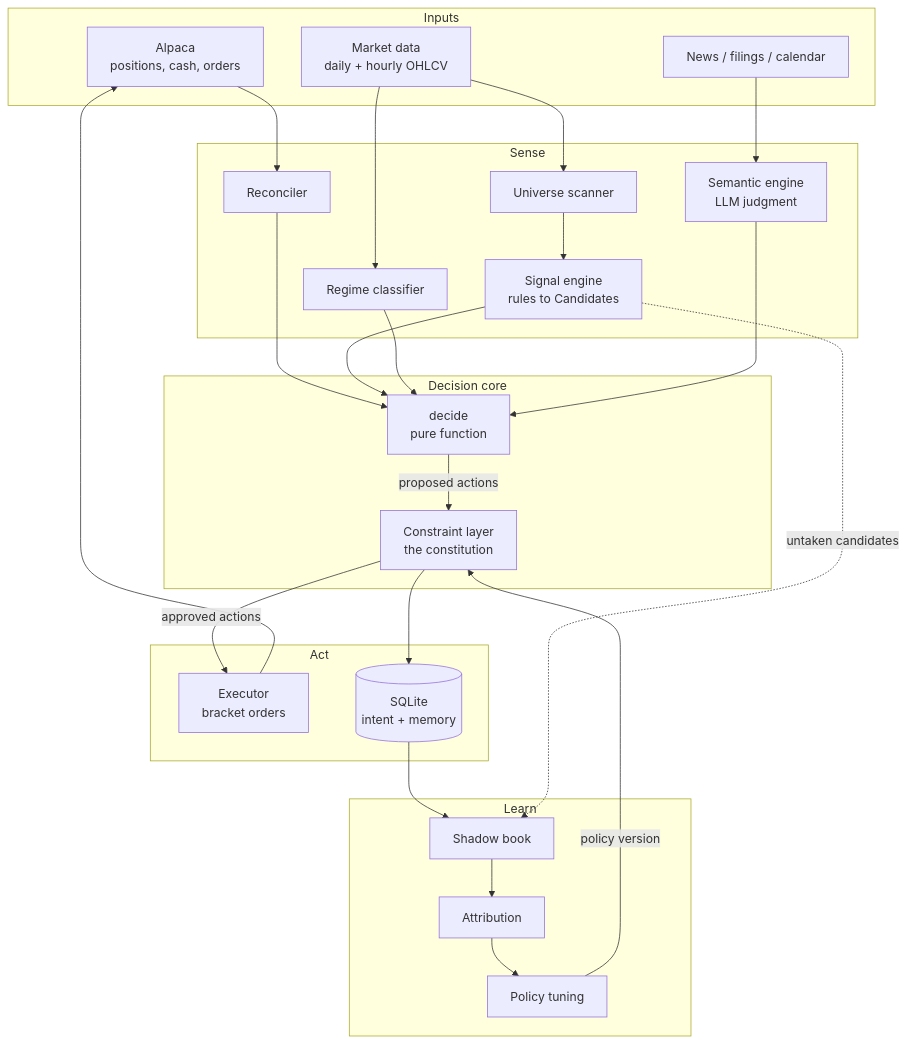
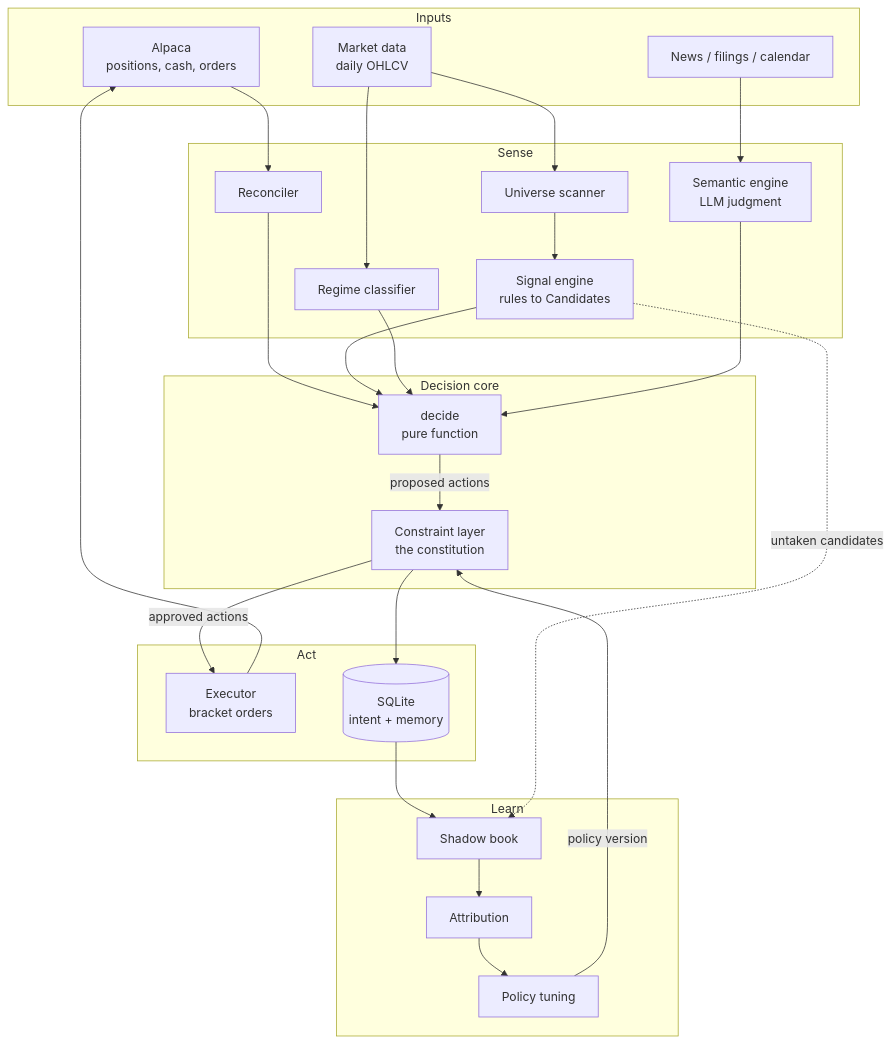
The diagram in README.md (Dima252/Trading-Bot), drawn with Mermaid before and after one commit. The commit also changed other lines of this file and 1 other file, not shown here.

````diff
--- a/README.md
+++ b/README.md
@@ -32,42 +32,42 @@
 ```mermaid
 flowchart TB
     subgraph inputs [Inputs]
         BROKER[Alpaca<br/>positions, cash, orders]
-        MKT[Market data<br/>daily + hourly OHLCV]
+        MKT[Market data<br/>daily OHLCV]
         NEWS[News / filings / calendar]
     end
 
     subgraph sense [Sense]
         RECON[Reconciler]
         SCAN[Universe scanner]
         SIG[Signal engine<br/>rules to Candidates]
         REG[Regime classifier]
         SEM[Semantic engine<br/>LLM judgment]
     end
 
     subgraph brain [Decision core]
         DECIDE[decide<br/>pure function]
         CONST[Constraint layer<br/>the constitution]
     end
 
     subgraph act [Act]
         EXEC[Executor<br/>bracket orders]
         DB[(SQLite<br/>intent + memory)]
     end
 
     subgraph learn [Learn]
         SHADOW[Shadow book]
         ATTR[Attribution]
         TUNE[Policy tuning]
     end
 
     BROKER --> RECON --> DECIDE
     MKT --> SCAN --> SIG --> DECIDE
     MKT --> REG --> DECIDE
     NEWS --> SEM --> DECIDE
     DECIDE -->|proposed actions| CONST
     CONST -->|approved actions| EXEC --> BROKER
     CONST --> DB
     DB --> SHADOW --> ATTR --> TUNE -->|policy version| CONST
     SIG -.untaken candidates.-> SHADOW
 ```
````
